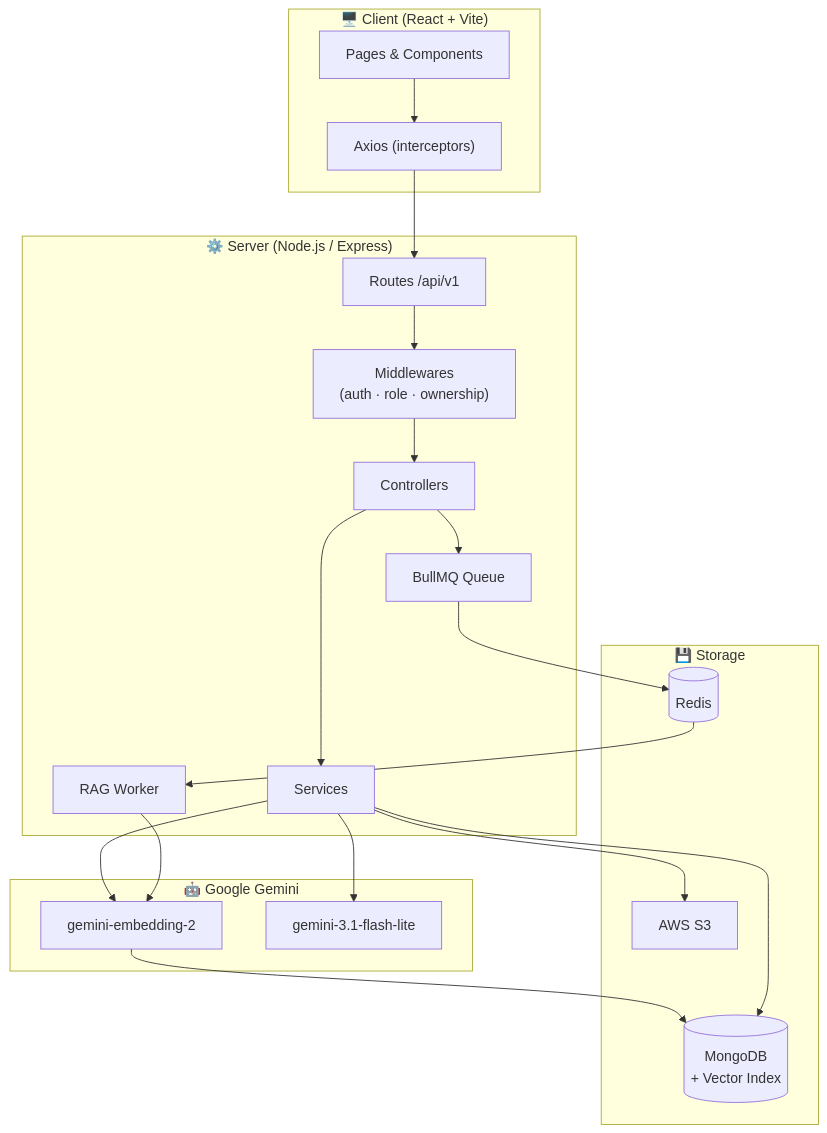
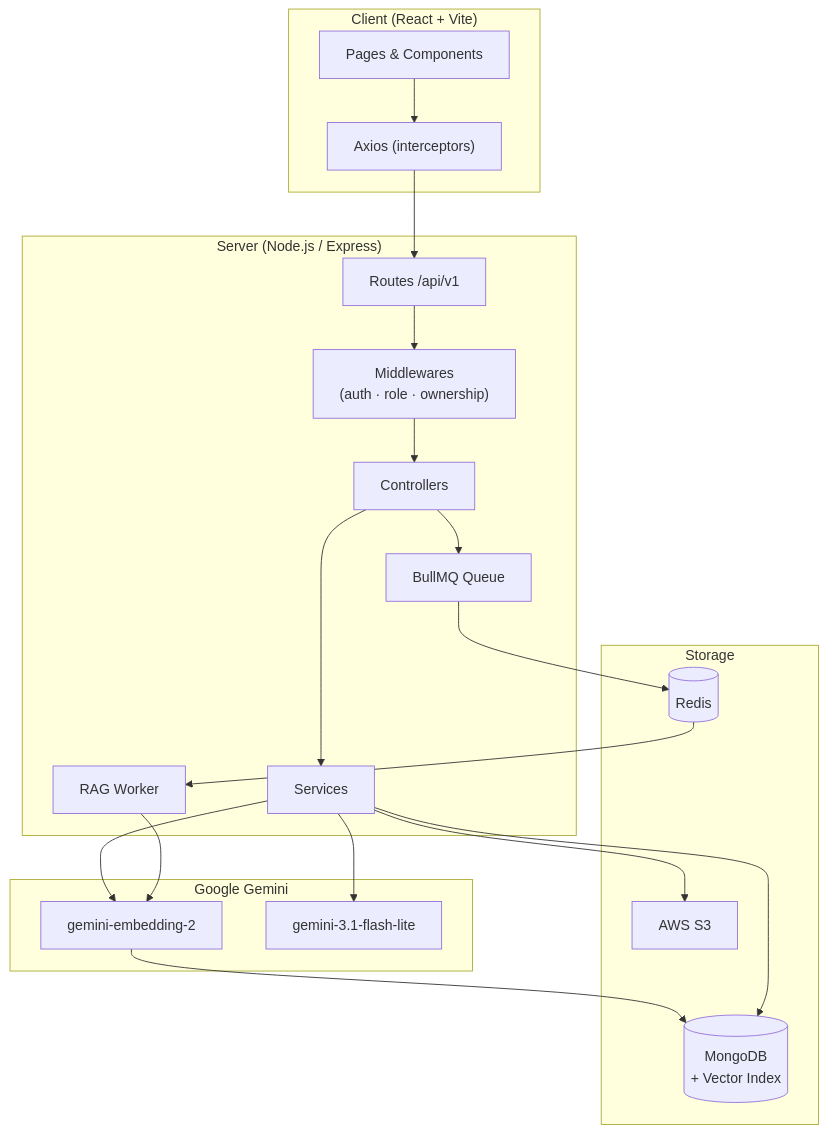
Before and after one commit to venunisandhan/DocuSense: the first of 4 diagrams in README.md, drawn with Mermaid. The commit also changed other lines of this file and 6 other files, not shown here.

````diff
--- a/README.md
+++ b/README.md
@@ -9,33 +9,33 @@
 ```mermaid
 graph TB
-    subgraph Client["🖥️ Client (React + Vite)"]
+    subgraph Client["Client (React + Vite)"]
         UI["Pages & Components"]
         AXIOS["Axios (interceptors)"]
     end
 
-    subgraph Server["⚙️ Server (Node.js / Express)"]
+    subgraph Server["Server (Node.js / Express)"]
         ROUTES["Routes /api/v1"]
         MW["Middlewares\n(auth · role · ownership)"]
         CTRL["Controllers"]
         SVC["Services"]
         QUEUE["BullMQ Queue"]
         WORKER["RAG Worker"]
     end
 
-    subgraph Storage["💾 Storage"]
+    subgraph Storage["Storage"]
         MONGO[("MongoDB\n+ Vector Index")]
         REDIS[("Redis")]
         S3["AWS S3"]
     end
 
-    subgraph AI["🤖 Google Gemini"]
+    subgraph AI["Google Gemini"]
         EMBED["gemini-embedding-2"]
         GEN["gemini-3.1-flash-lite"]
     end
 
     UI --> AXIOS --> ROUTES --> MW --> CTRL --> SVC
     SVC --> MONGO & S3
     CTRL --> QUEUE --> REDIS --> WORKER
     WORKER --> EMBED --> MONGO
     SVC --> EMBED & GEN
 ```
````
